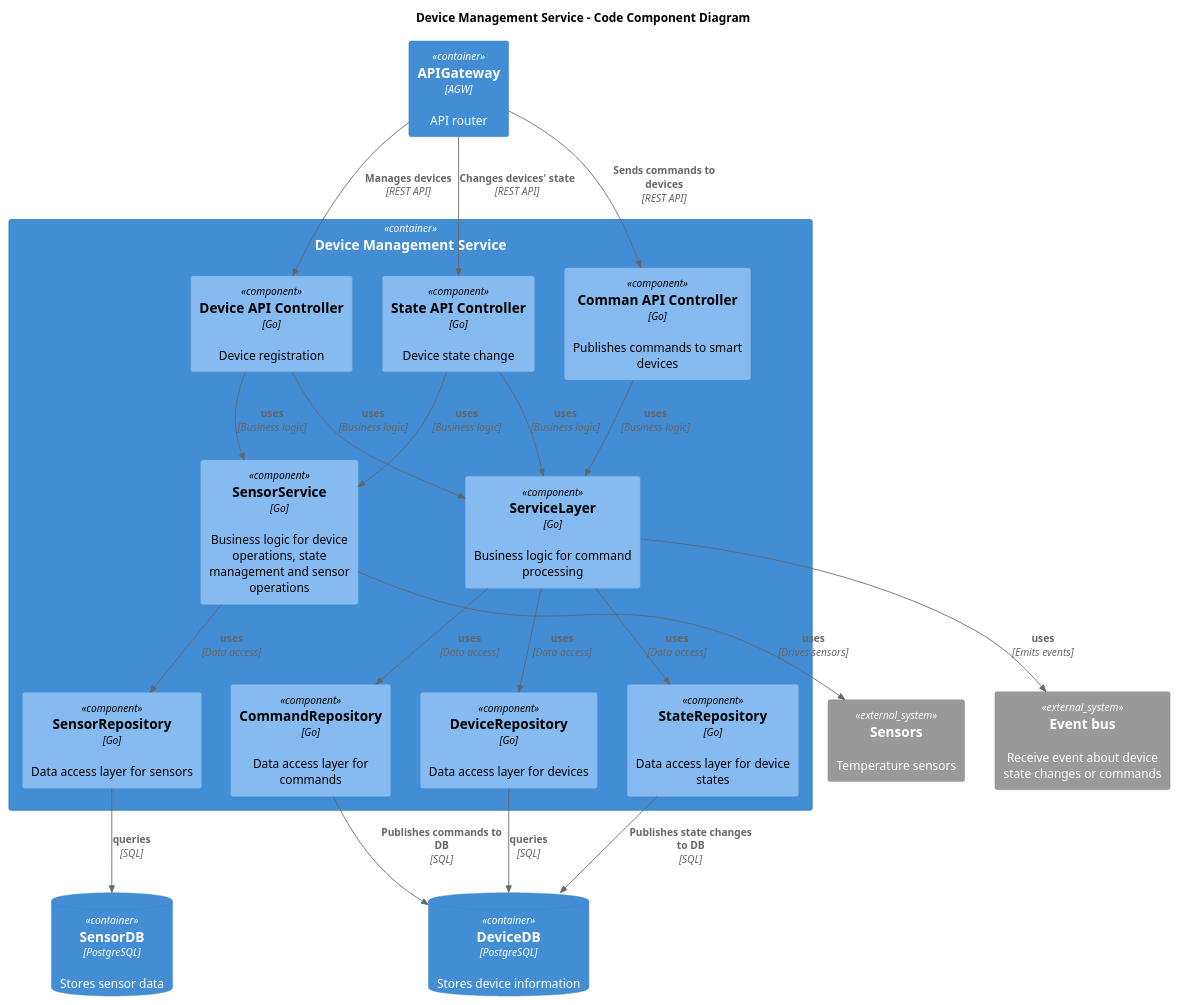
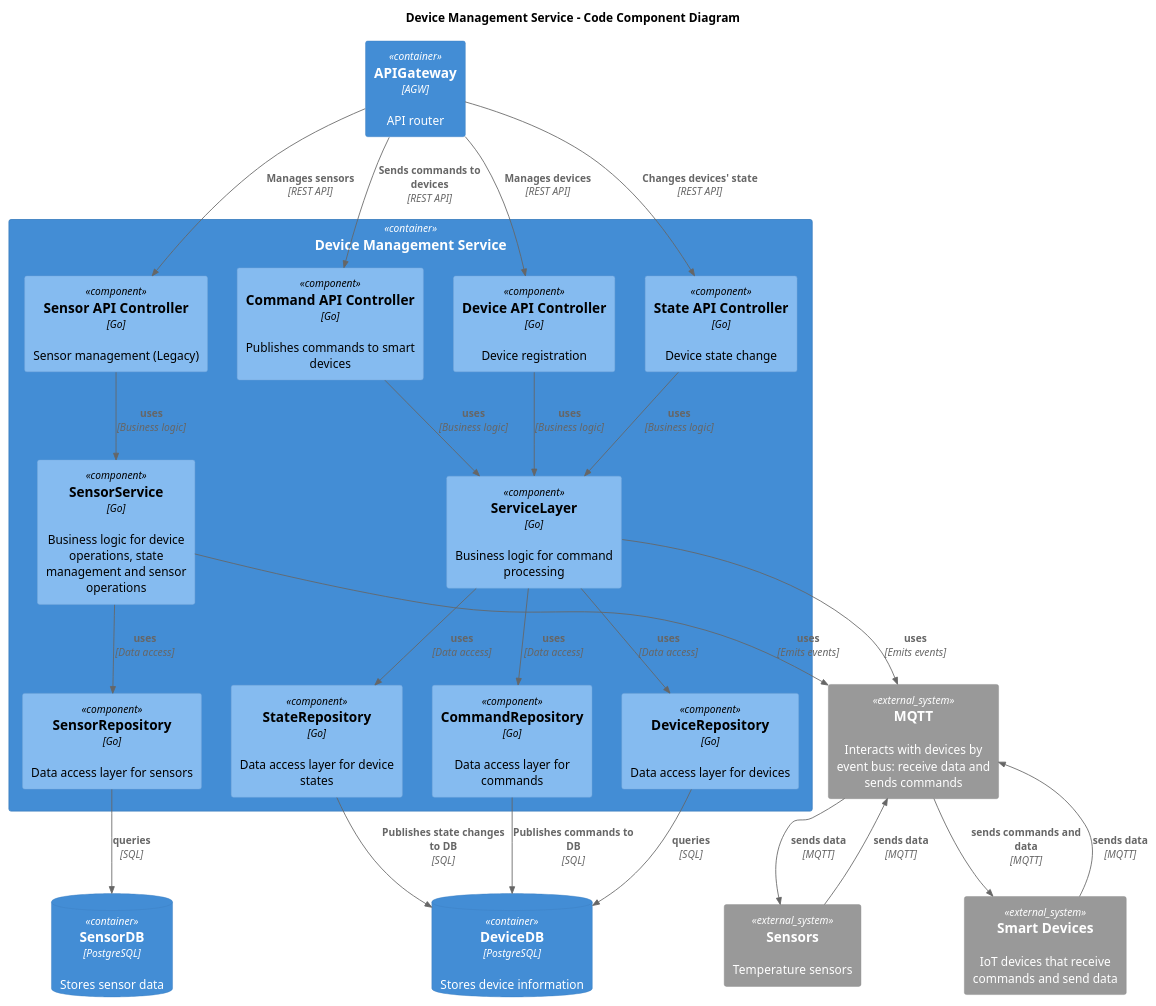
Before and after one commit to Ayrtat/architecture-pro-warmhouse: the diagram in diagrams/microservices/components/device_manager_service.puml, drawn with PlantUML. The commit also changed 41 other files, not shown here.

```diff
--- a/diagrams/microservices/components/device_manager_service.puml
+++ b/diagrams/microservices/components/device_manager_service.puml
@@ -1,52 +1,58 @@
 @startuml device_management_service_c4_code_diagram
 !include https://raw.githubusercontent.com/plantuml-stdlib/C4-PlantUML/master/C4_Component.puml
 
 title Device Management Service - Code Component Diagram
 
 Container(deviceManagementService, "Device Management Service") {
+    Component(sensorController, "Sensor API Controller", "Go", "Sensor management (Legacy)")
     Component(deviceController, "Device API Controller", "Go", "Device registration")
     Component(stateController, "State API Controller", "Go", "Device state change")
-    Component(commandController, "Comman API Controller", "Go", "Publishes commands to smart devices")
+    Component(commandController, "Command API Controller", "Go", "Publishes commands to smart devices")
     
     Component(serviceLayer, "ServiceLayer", "Go", "Business logic for command processing")
     
     Component(sensorService, "SensorService", "Go", "Business logic for device operations, state management and sensor operations")
     
     Component(sensorRepository, "SensorRepository", "Go", "Data access layer for sensors")
     Component(deviceRepository, "DeviceRepository", "Go", "Data access layer for devices")
     Component(stateRepository, "StateRepository", "Go", "Data access layer for device states")
     Component(commandRepository, "CommandRepository", "Go", "Data access layer for commands")
 }
 
 ContainerDb(sensorDb, "SensorDB", "PostgreSQL", "Stores sensor data")
 ContainerDb(deviceDB, "DeviceDB", "PostgreSQL", "Stores device information")
 
-System_Ext(eventBus, "Event bus", "Receive event about device state changes or commands")
+System_Ext(eventBus, "MQTT", "Interacts with devices by event bus: receive data and sends commands")
 System_Ext(sensors, "Sensors", "Temperature sensors")
+System_Ext(smartDevices, "Smart Devices", "IoT devices that receive commands and send data")
 
 Container(APIGateway, "APIGateway", "AGW", "API router")
 
 Rel(APIGateway, deviceController, "Manages devices", "REST API")
 Rel(APIGateway, commandController, "Sends commands to devices", "REST API")
 Rel(APIGateway, stateController, "Changes devices' state", "REST API")
+Rel(APIGateway, sensorController, "Manages sensors", "REST API")
 
-Rel(deviceController, sensorService, "uses", "Business logic")
+Rel(sensorController, sensorService, "uses", "Business logic")
 Rel(deviceController, serviceLayer, "uses", "Business logic")
-Rel(stateController, sensorService, "uses", "Business logic")
 Rel(stateController, serviceLayer, "uses", "Business logic")
 Rel(commandController, serviceLayer, "uses", "Business logic")
 
 Rel(sensorService, sensorRepository, "uses", "Data access")
-Rel(sensorService, sensors, "uses", "Drives sensors")
 Rel(serviceLayer, deviceRepository, "uses", "Data access")
 Rel(serviceLayer, stateRepository, "uses", "Data access")
 Rel(serviceLayer, commandRepository, "uses", "Data access")
 
 Rel(sensorRepository, sensorDb, "queries", "SQL")
 Rel(deviceRepository, deviceDB, "queries", "SQL")
 Rel(stateRepository, deviceDB, "Publishes state changes to DB", "SQL")
 Rel(commandRepository, deviceDB, "Publishes commands to DB", "SQL")
 
 Rel(serviceLayer, eventBus, "uses", "Emits events")
+Rel(sensorService, eventBus, "uses", "Emits events")
+Rel(eventBus, smartDevices, "sends commands and data", "MQTT")
+Rel(smartDevices, eventBus, "sends data", "MQTT")
+Rel(eventBus, sensors, "sends data", "MQTT")
+Rel(sensors, eventBus, "sends data", "MQTT")
 
 @enduml
```
